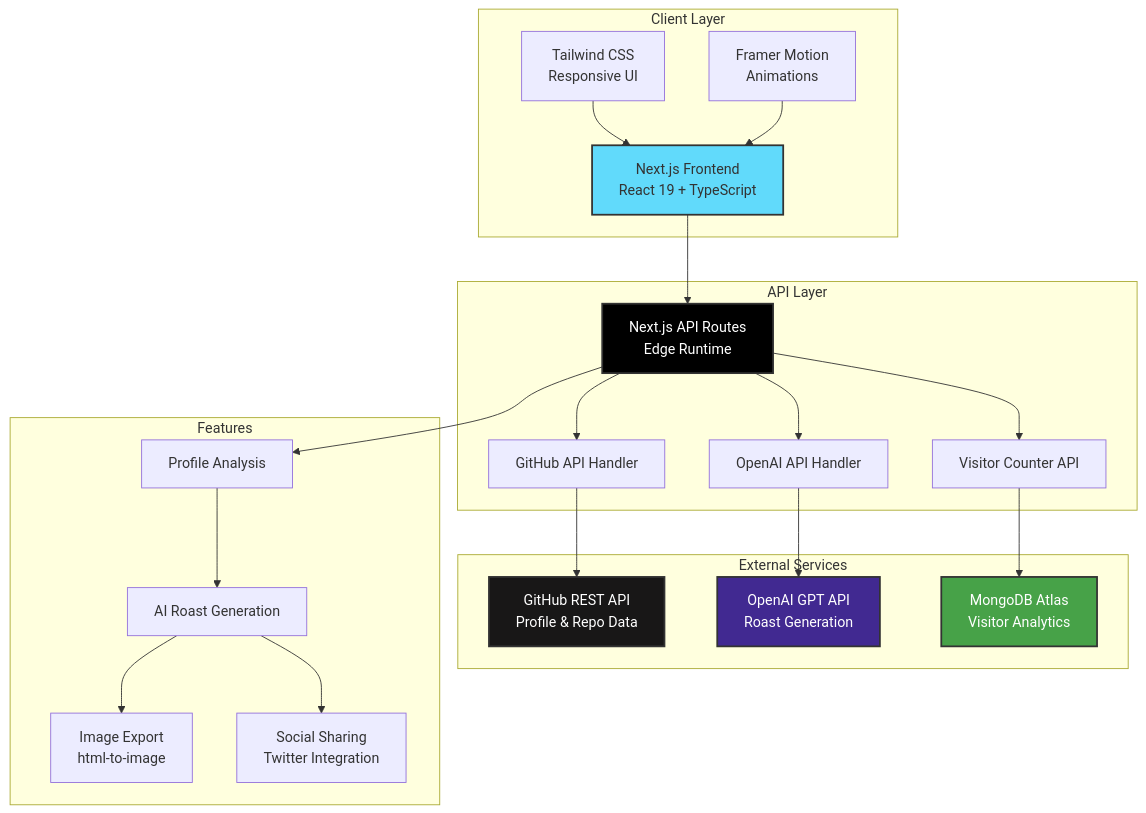
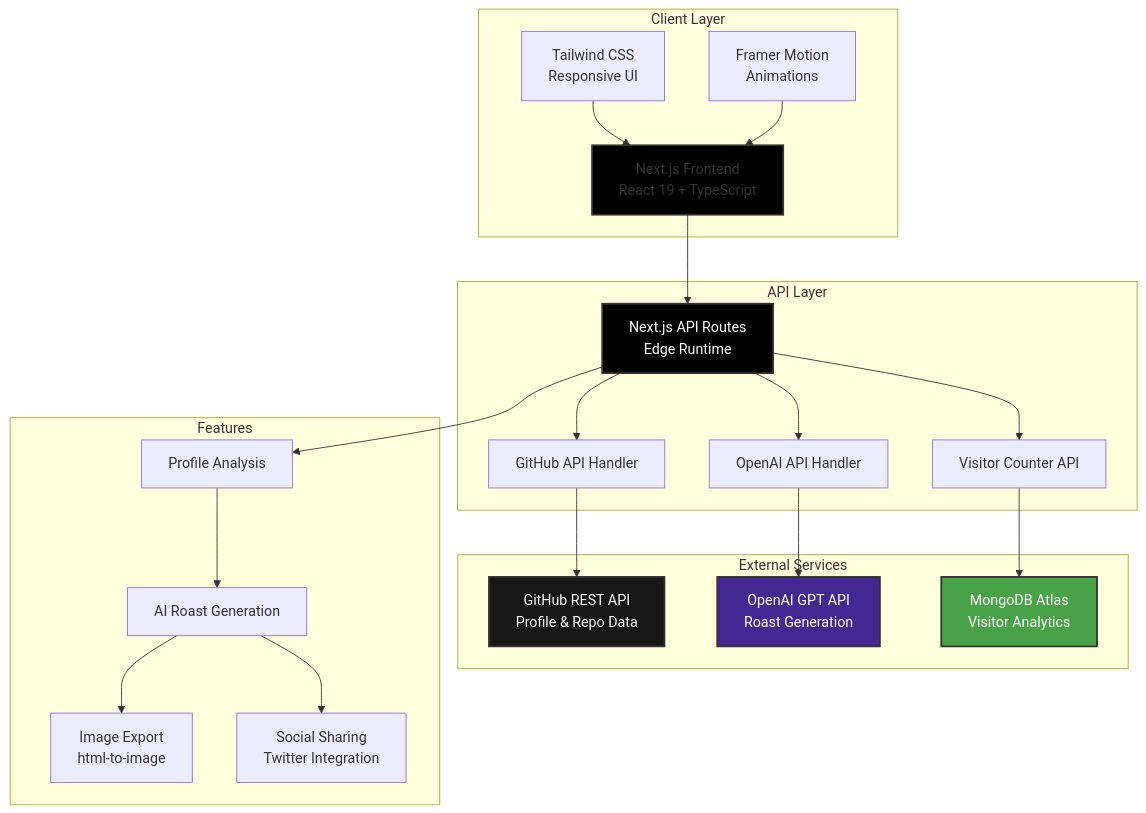
Before and after one commit to chahatkesh/gitroast: the diagram in README.md, drawn with Mermaid. The commit also changed other lines of this file, not shown here.

````diff
--- a/README.md
+++ b/README.md
@@ -27,48 +20,48 @@
 ```mermaid
 graph TB
     subgraph "Client Layer"
         A[Next.js Frontend<br/>React 19 + TypeScript]
         B[Tailwind CSS<br/>Responsive UI]
         C[Framer Motion<br/>Animations]
     end
     
     subgraph "API Layer"
         D[Next.js API Routes<br/>Edge Runtime]
         E[GitHub API Handler]
         F[OpenAI API Handler]
         G[Visitor Counter API]
     end
     
     subgraph "External Services"
         H[GitHub REST API<br/>Profile & Repo Data]
         I[OpenAI GPT API<br/>Roast Generation]
         J[MongoDB Atlas<br/>Visitor Analytics]
     end
     
     subgraph "Features"
         K[Profile Analysis]
         L[AI Roast Generation]
         M[Image Export<br/>html-to-image]
         N[Social Sharing<br/>Twitter Integration]
     end
     
     A --> D
     B --> A
     C --> A
     D --> E
     D --> F
     D --> G
     E --> H
     F --> I
     G --> J
     D --> K
     K --> L
     L --> M
     L --> N
     
-    style A fill:#61dafb,stroke:#333,stroke-width:2px
+    style A fill:#000000,stroke:#333,stroke-width:2px
     style D fill:#000000,stroke:#333,stroke-width:2px,color:#fff
     style I fill:#412991,stroke:#333,stroke-width:2px,color:#fff
     style H fill:#181717,stroke:#333,stroke-width:2px,color:#fff
     style J fill:#47A248,stroke:#333,stroke-width:2px,color:#fff
 ```
````
